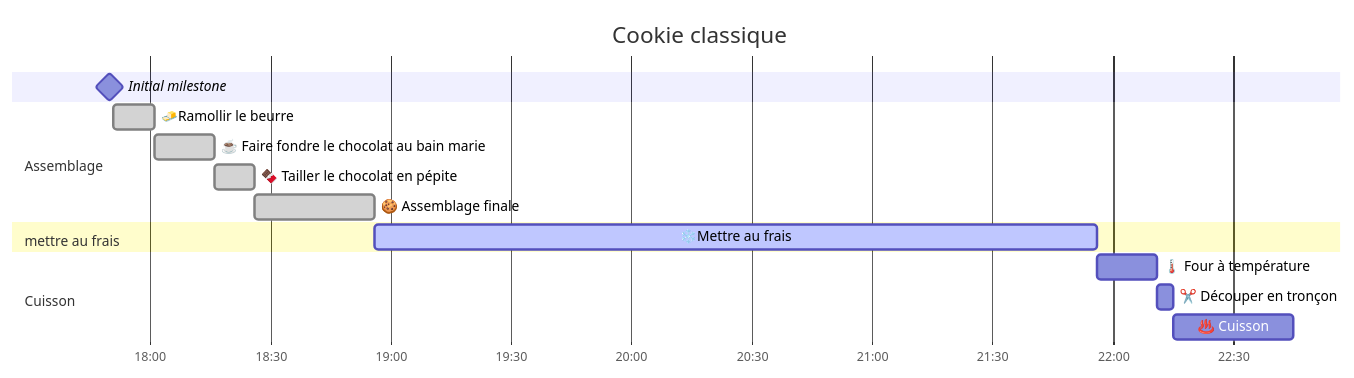
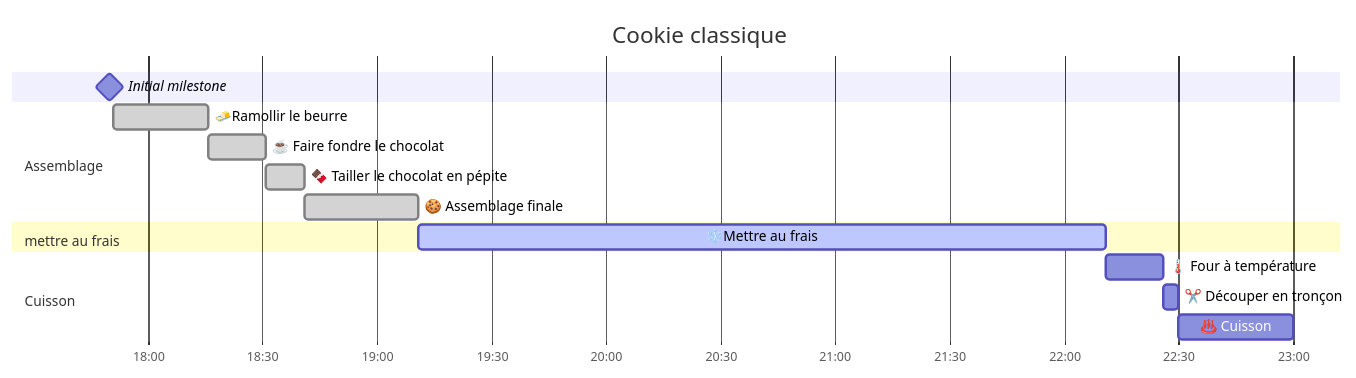
The second of 5 diagrams in README.md (malnoe/TpGestionProjet), drawn with Mermaid before and after one commit. The commit also changed other lines of this file, not shown here.

Commit message:
Fix error durée beurre Gantt

````diff
--- a/README.md
+++ b/README.md
@@ -88,24 +88,24 @@
 ```mermaid
 gantt
     dateFormat HH:mm
     axisFormat %H:%M
     Initial milestone : milestone, m1, 17:49, 2m
     title Cookie classique
 
 
     section Assemblage
-    🧈Ramollir le beurre :done, 10m
-    ☕ Faire fondre le chocolat au bain marie :done, 15m
+    🧈Ramollir le beurre :done, 25m
+    ☕ Faire fondre le chocolat :done, 15m
     🍫 Tailler le chocolat en pépite :done, 10m
     🍪 Assemblage finale :done, 30m
 
 
     section mettre au frais
     ❄️Mettre au frais :active, 3h
 
 
     section Cuisson
     🌡️ Four à température :15m
     ✂️ Découper en tronçon :4m
     ♨️ Cuisson :30m
 ```
````
